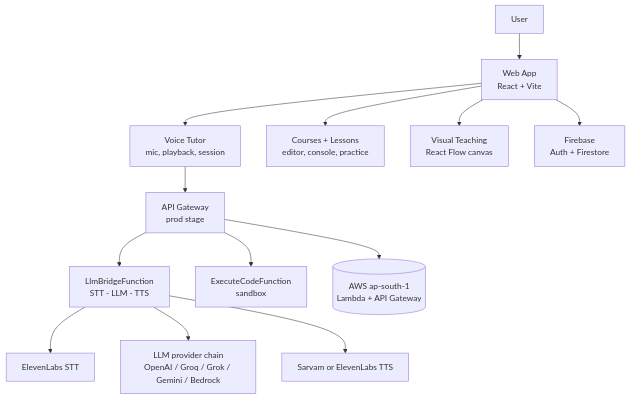
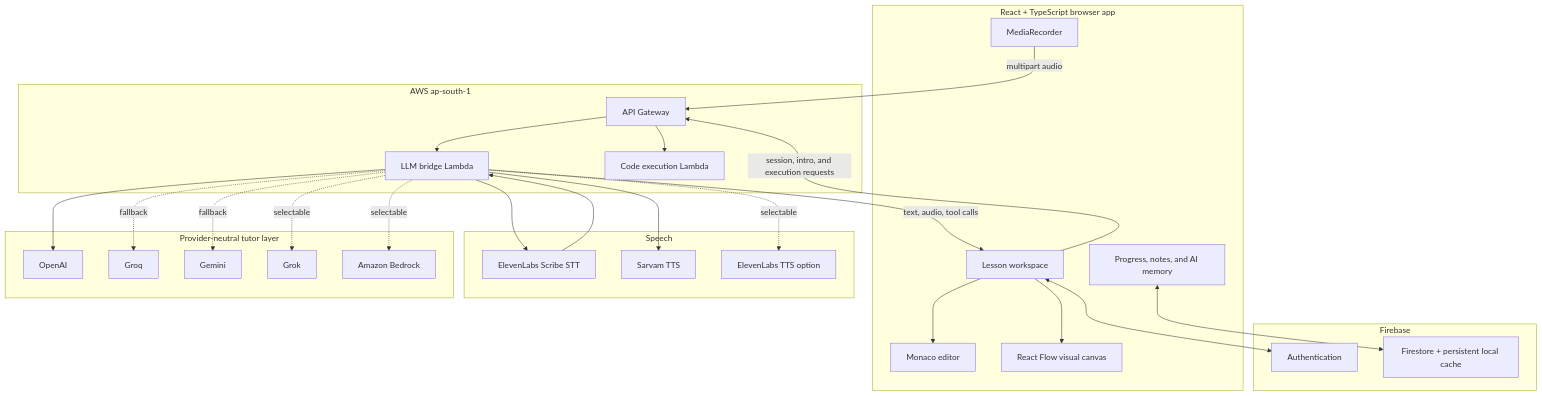
The fifth of 5 diagrams in README.md (Jayant-kernel/ecosystem-tutor), drawn with Mermaid before and after one commit. The commit also changed other lines of this file, not shown here.

````diff
--- a/README.md
+++ b/README.md
@@ -97,15 +207,54 @@
 ```mermaid
-flowchart TD
-    User --> WebApp[Web App<br/>React + Vite]
-    WebApp --> Tutor[Voice Tutor<br/>mic, playback, session]
-    WebApp --> Courses[Courses + Lessons<br/>editor, console, practice]
-    WebApp --> VisualTeaching[Visual Teaching<br/>React Flow canvas]
-    Tutor --> Backend[API Gateway<br/>prod stage]
-    Backend --> VoiceFn[LlmBridgeFunction<br/>STT - LLM - TTS]
-    Backend --> ExecFn[ExecuteCodeFunction<br/>sandbox]
-    VoiceFn --> STT[ElevenLabs STT]
-    VoiceFn --> LLM[LLM provider chain<br/>OpenAI / Groq / Grok / Gemini / Bedrock]
-    VoiceFn --> TTS[Sarvam or ElevenLabs TTS]
-    WebApp --> Firebase[Firebase<br/>Auth + Firestore]
-    Backend --> AWS[(AWS ap-south-1<br/>Lambda + API Gateway)]
+flowchart TB
+    subgraph Browser[React + TypeScript browser app]
+        MIC[MediaRecorder]
+        UI[Lesson workspace]
+        MONACO[Monaco editor]
+        FLOW[React Flow visual canvas]
+        STATE[Progress, notes, and AI memory]
+    end
+
+    subgraph Firebase
+        AUTH[Authentication]
+        DB[Firestore + persistent local cache]
+    end
+
+    subgraph AWS[AWS ap-south-1]
+        APIGW[API Gateway]
+        BRIDGE[LLM bridge Lambda]
+        EXEC[Code execution Lambda]
+    end
+
+    subgraph Speech
+        ELSTT[ElevenLabs Scribe STT]
+        SARVAM[Sarvam TTS]
+        ELTTS[ElevenLabs TTS option]
+    end
+
+    subgraph Models[Provider-neutral tutor layer]
+        OPENAI[OpenAI]
+        GROQ[Groq]
+        GEMINI[Gemini]
+        GROK[Grok]
+        BEDROCK[Amazon Bedrock]
+    end
+
+    MIC -->|multipart audio| APIGW
+    UI -->|session, intro, and execution requests| APIGW
+    APIGW --> BRIDGE
+    APIGW --> EXEC
+    BRIDGE --> ELSTT
+    ELSTT --> BRIDGE
+    BRIDGE --> OPENAI
+    BRIDGE -. fallback .-> GROQ
+    BRIDGE -. fallback .-> GEMINI
+    BRIDGE -. selectable .-> GROK
+    BRIDGE -. selectable .-> BEDROCK
+    BRIDGE --> SARVAM
+    BRIDGE -. selectable .-> ELTTS
+    BRIDGE -->|text, audio, tool calls| UI
+    UI --> MONACO
+    UI --> FLOW
+    STATE <--> DB
+    UI <--> AUTH
 ```
````
